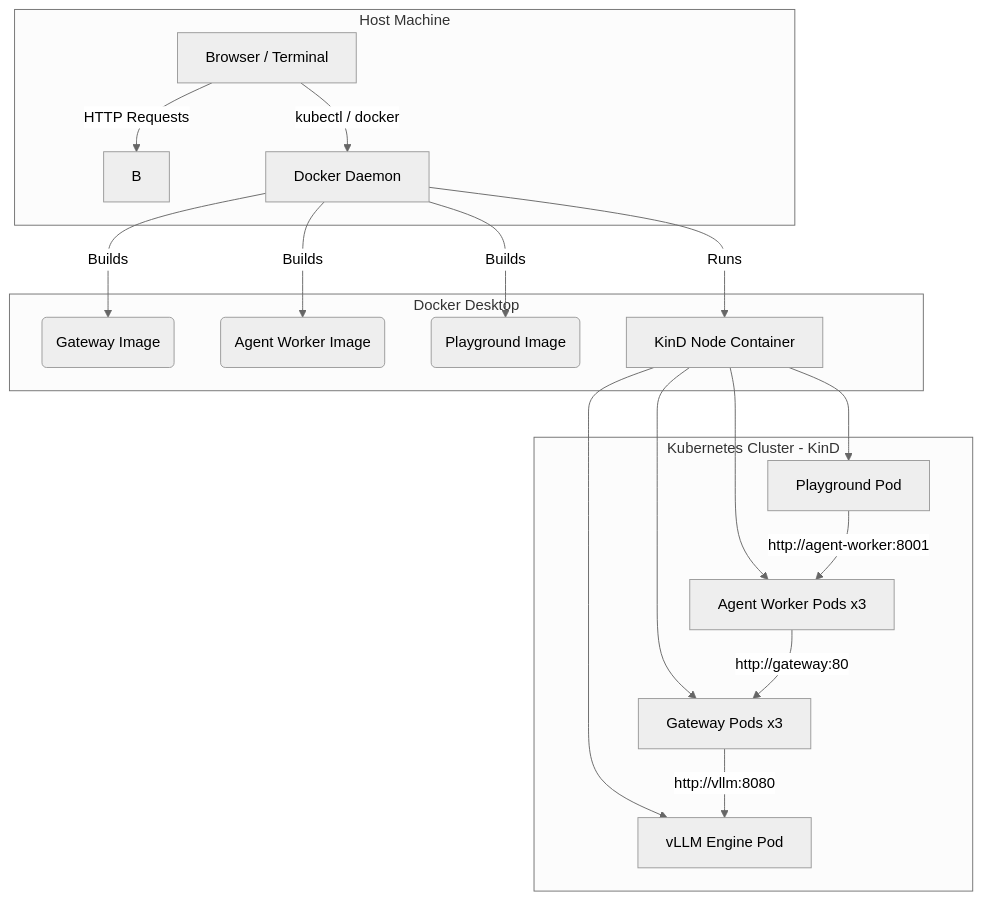
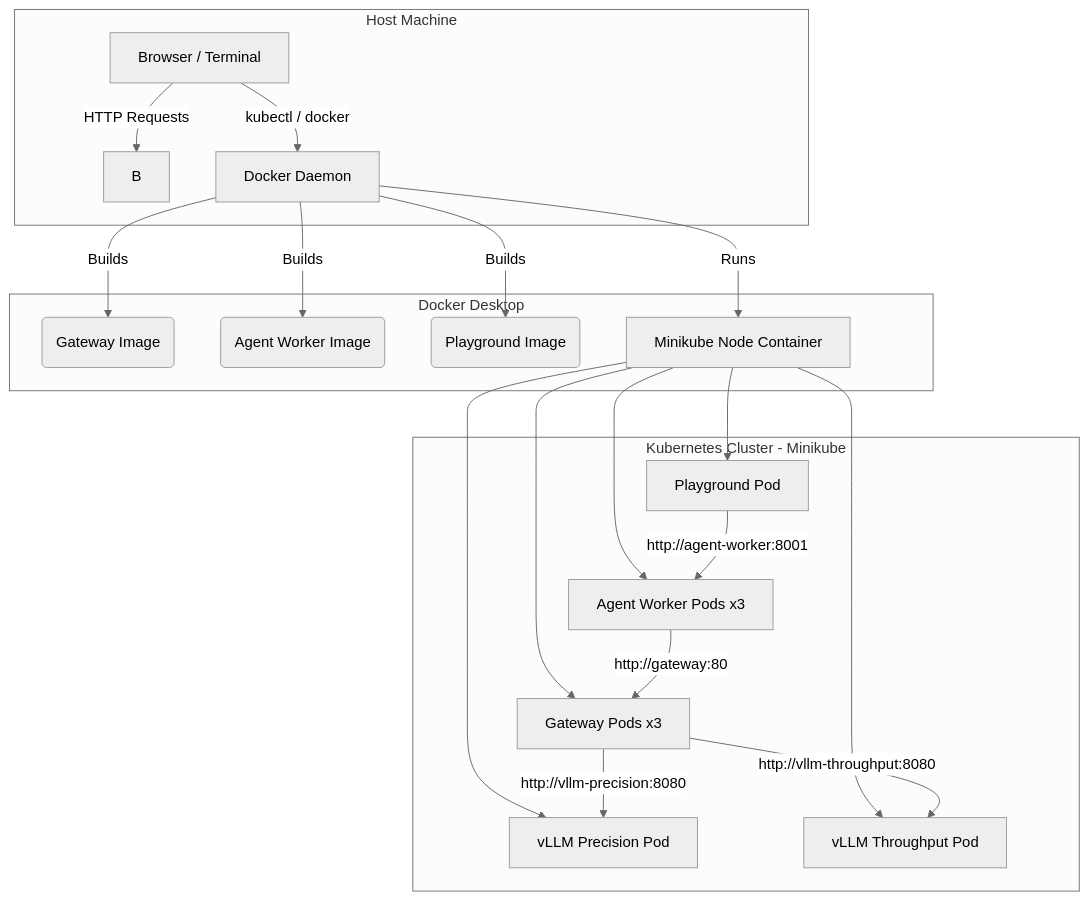
The first of 2 diagrams in docs/architecture/system_flow_guide.md (savyasachi6/llm-serving-platform), drawn with Mermaid (neutral theme) before and after one commit. The commit also changed other lines of this file and 71 other files, not shown here.

````diff
--- a/docs/architecture/system_flow_guide.md
+++ b/docs/architecture/system_flow_guide.md
@@ -15,24 +15,26 @@
 ```mermaid
 graph TD
     subgraph Host Machine
         A[Browser / Terminal] -->|HTTP Requests| B
         A -->|kubectl / docker| C[Docker Daemon]
     end
     
     subgraph Docker Desktop
         C -->|Builds| D(Gateway Image)
         C -->|Builds| D2(Agent Worker Image)
         C -->|Builds| D3(Playground Image)
-        C -->|Runs| E[KinD Node Container]
+        C -->|Runs| E[Minikube Node Container]
     end
     
-    subgraph Kubernetes Cluster - KinD
+    subgraph Kubernetes Cluster - Minikube
         E --> F[Gateway Pods x3]
-        E --> G[vLLM Engine Pod]
+        E --> G1[vLLM Precision Pod]
+        E --> G2[vLLM Throughput Pod]
         E --> H[Agent Worker Pods x3]
         E --> I[Playground Pod]
         H -->|http://gateway:80| F
-        F -->|http://vllm:8080| G
+        F -->|http://vllm-precision:8080| G1
+        F -->|http://vllm-throughput:8080| G2
         I -->|http://agent-worker:8001| H
     end
 ```
````
